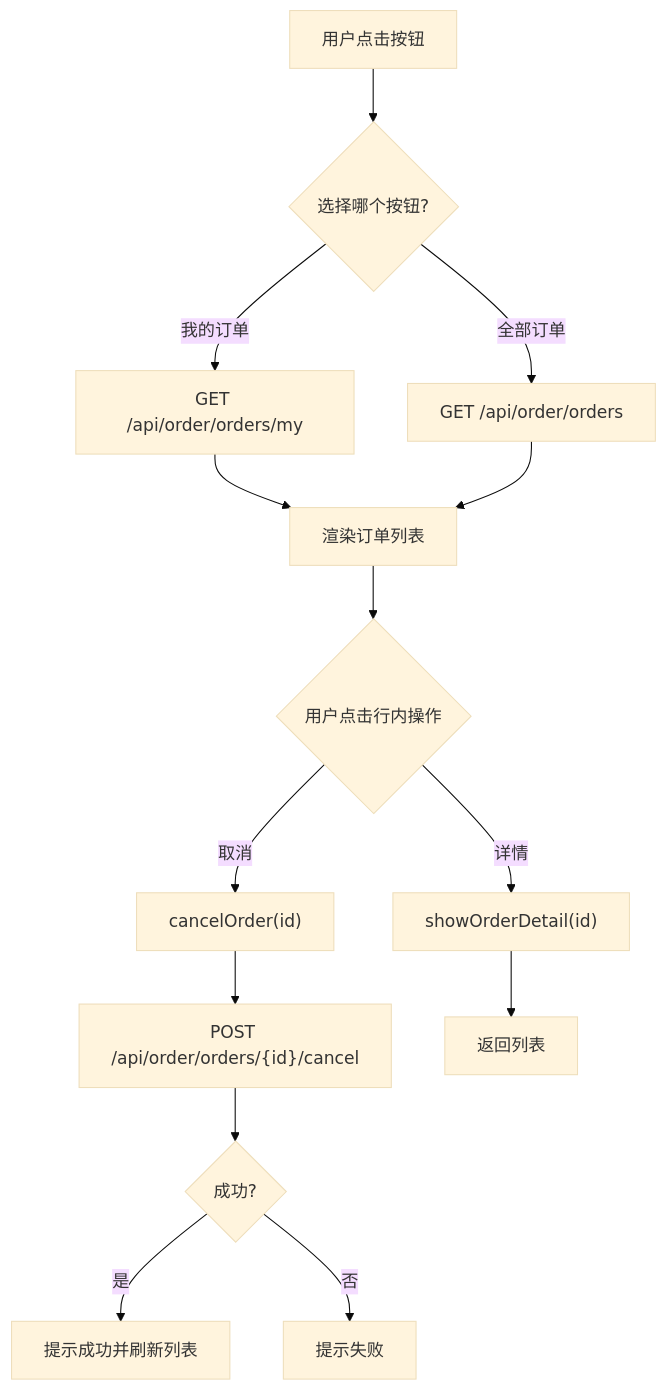
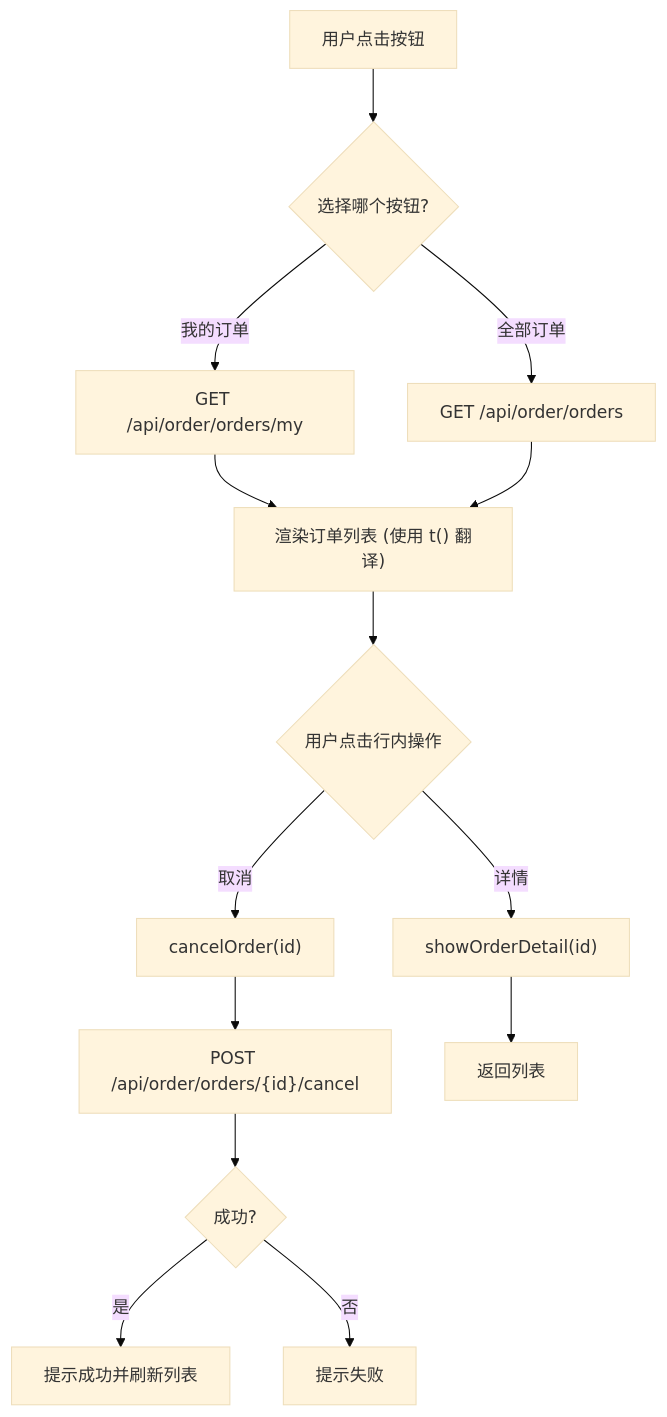
One commit to haohailiang/qoder-fullstack changed the fourth of 8 diagrams in .qoder/repowiki/zh/content/前端架构设计/订单子应用(order-app).md. Above: the diagram before and after it, drawn with Mermaid (base theme). The commit also changed other lines of this file and 44 other files, not shown here.

````diff
--- a/.qoder/repowiki/zh/content/前端架构设计/订单子应用(order-app).md
+++ b/.qoder/repowiki/zh/content/前端架构设计/订单子应用(order-app).md
@@ -163,16 +183,16 @@
 ```mermaid
 flowchart TD
 A["用户点击按钮"] --> B{"选择哪个按钮?"}
 B --> |我的订单| C["GET /api/order/orders/my"]
 B --> |全部订单| D["GET /api/order/orders"]
-C --> E["渲染订单列表"]
+C --> E["渲染订单列表 (使用 t() 翻译)"]
 D --> E
 E --> F{"用户点击行内操作"}
 F --> |详情| G["showOrderDetail(id)"]
 F --> |取消| H["cancelOrder(id)"]
 H --> I["POST /api/order/orders/{id}/cancel"]
 I --> J{"成功?"}
 J --> |是| K["提示成功并刷新列表"]
 J --> |否| L["提示失败"]
 G --> M["返回列表"]
 ```
````
